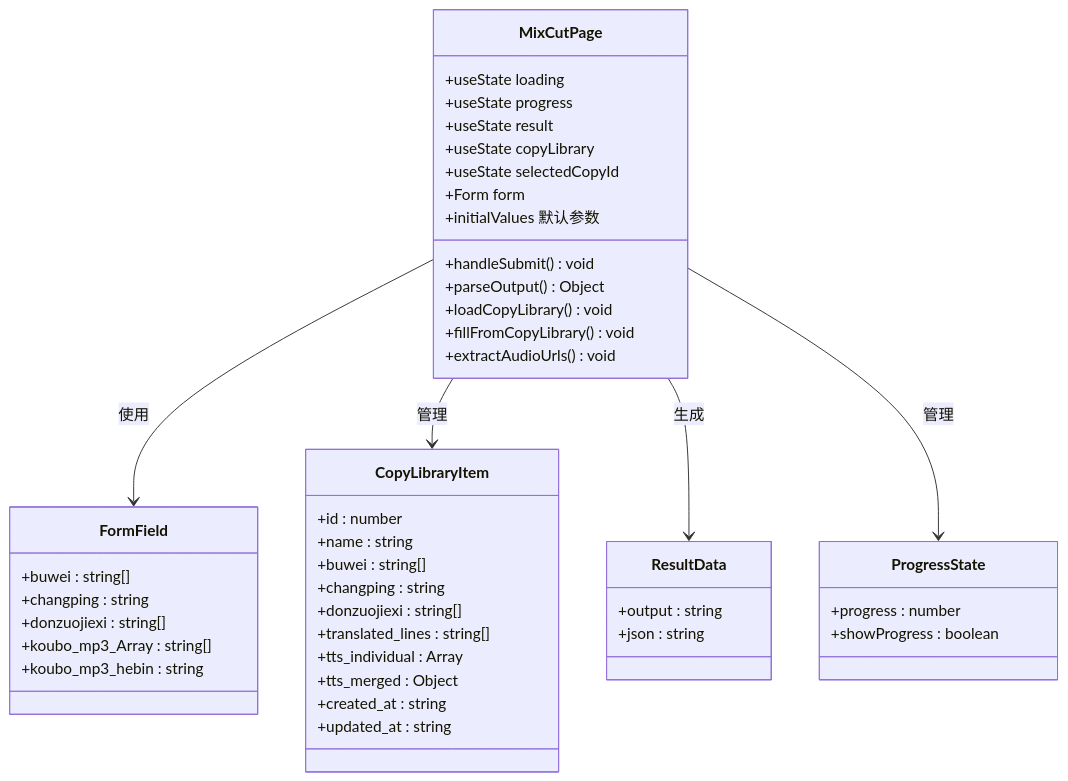
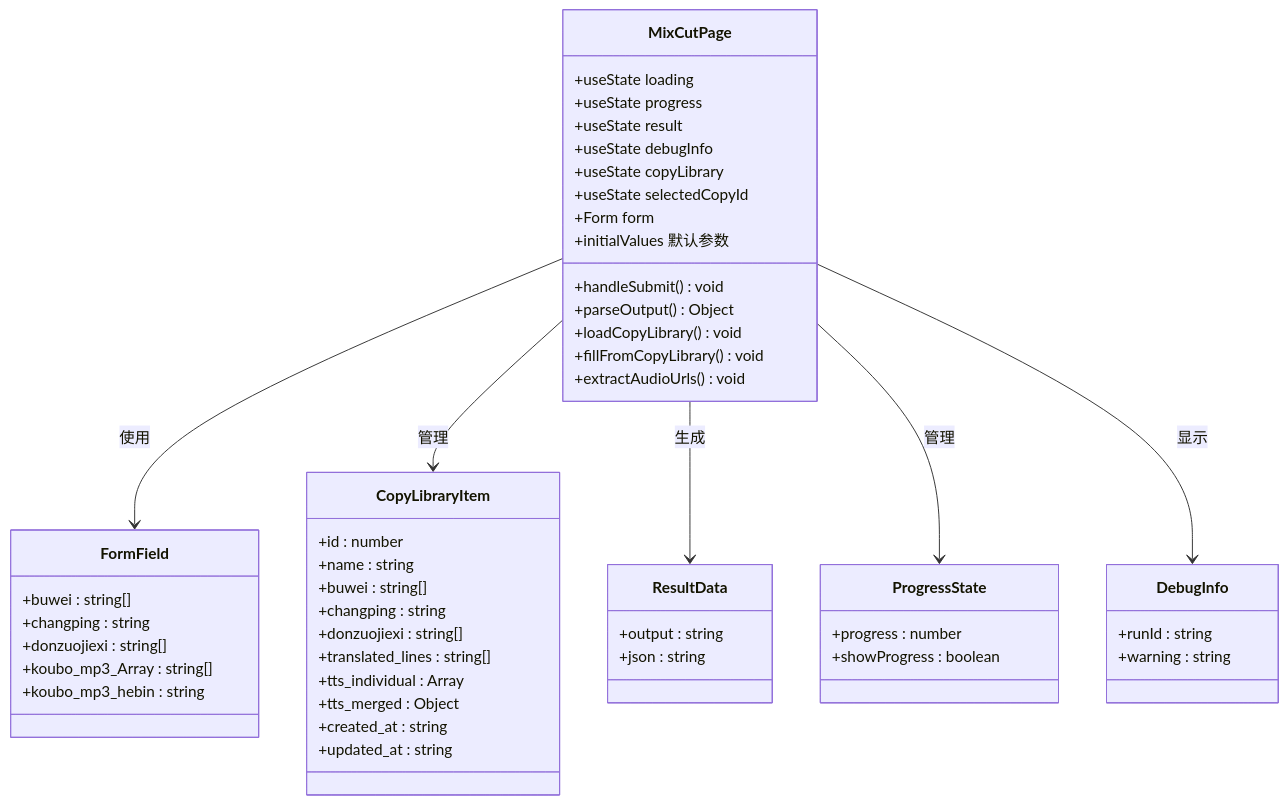
One commit to hanksd769-droid/sailshub changed the sixth of 17 diagrams in .qoder/repowiki/zh/content/前端组件架构/页面组件/混剪功能页面.md. Above: the diagram before and after it, drawn with Mermaid. The commit also changed other lines of this file and 4 other files, not shown here.

````diff
--- a/.qoder/repowiki/zh/content/前端组件架构/页面组件/混剪功能页面.md
+++ b/.qoder/repowiki/zh/content/前端组件架构/页面组件/混剪功能页面.md
@@ -358,48 +377,54 @@
 ```mermaid
 classDiagram
 class MixCutPage {
 +useState loading
 +useState progress
 +useState result
++useState debugInfo
 +useState copyLibrary
 +useState selectedCopyId
 +Form form
 +handleSubmit() void
 +parseOutput() Object
 +initialValues 默认参数
 +loadCopyLibrary() void
 +fillFromCopyLibrary() void
 +extractAudioUrls() void
 }
 class FormField {
 +buwei : string[]
 +changping : string
 +donzuojiexi : string[]
 +koubo_mp3_Array : string[]
 +koubo_mp3_hebin : string
 }
 class CopyLibraryItem {
 +id : number
 +name : string
 +buwei : string[]
 +changping : string
 +donzuojiexi : string[]
 +translated_lines : string[]
 +tts_individual : Array
 +tts_merged : Object
 +created_at : string
 +updated_at : string
 }
 class ResultData {
 +output : string
 +json : string
 }
 class ProgressState {
 +progress : number
 +showProgress : boolean
 }
+class DebugInfo {
++runId : string
++warning : string
+}
 MixCutPage --> FormField : 使用
 MixCutPage --> CopyLibraryItem : 管理
 MixCutPage --> ResultData : 生成
 MixCutPage --> ProgressState : 管理
+MixCutPage --> DebugInfo : 显示
 ```
````
